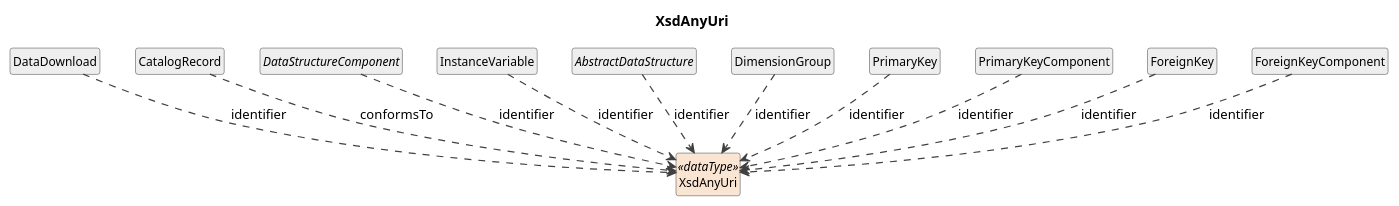
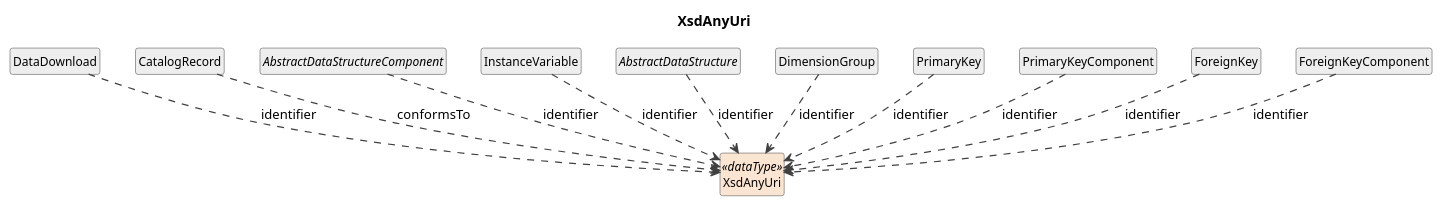
The diagram in cdif-uml-model/cdifDataStructure/DataTypes/XsdAnyUri.pu (Cross-Domain-Interoperability-Framework/metadataBuildingBlocks), drawn with PlantUML before and after one commit. The commit also changed 145 other files, not shown here.

First line of the commit message:
cdif-uml-model: regen for AbstractDataStructureComponent + 6 subtypes

```diff
--- a/cdif-uml-model/cdifDataStructure/DataTypes/XsdAnyUri.pu
+++ b/cdif-uml-model/cdifDataStructure/DataTypes/XsdAnyUri.pu
@@ -1,35 +1,35 @@
 @startuml
 title XsdAnyUri
 hide circle
 hide empty members
 skinparam shadowing false
 skinparam ArrowThickness 1.2
 skinparam class {
   ArrowColor #404040
   BorderColor #404040
   FontSize 12
 }
 
 class "XsdAnyUri" as XsdAnyUri <<dataType>> #FAE5D3
 class "DataDownload" as DataDownload #EEEEEE
 DataDownload ..> XsdAnyUri : identifier
 class "CatalogRecord" as CatalogRecord #EEEEEE
 CatalogRecord ..> XsdAnyUri : conformsTo
-abstract class "DataStructureComponent" as DataStructureComponent #EEEEEE
-DataStructureComponent ..> XsdAnyUri : identifier
+abstract class "AbstractDataStructureComponent" as AbstractDataStructureComponent #EEEEEE
+AbstractDataStructureComponent ..> XsdAnyUri : identifier
 class "InstanceVariable" as InstanceVariable #EEEEEE
 InstanceVariable ..> XsdAnyUri : identifier
 abstract class "AbstractDataStructure" as AbstractDataStructure #EEEEEE
 AbstractDataStructure ..> XsdAnyUri : identifier
 class "DimensionGroup" as DimensionGroup #EEEEEE
 DimensionGroup ..> XsdAnyUri : identifier
 class "PrimaryKey" as PrimaryKey #EEEEEE
 PrimaryKey ..> XsdAnyUri : identifier
 class "PrimaryKeyComponent" as PrimaryKeyComponent #EEEEEE
 PrimaryKeyComponent ..> XsdAnyUri : identifier
 class "ForeignKey" as ForeignKey #EEEEEE
 ForeignKey ..> XsdAnyUri : identifier
 class "ForeignKeyComponent" as ForeignKeyComponent #EEEEEE
 ForeignKeyComponent ..> XsdAnyUri : identifier
 
 @enduml
```
